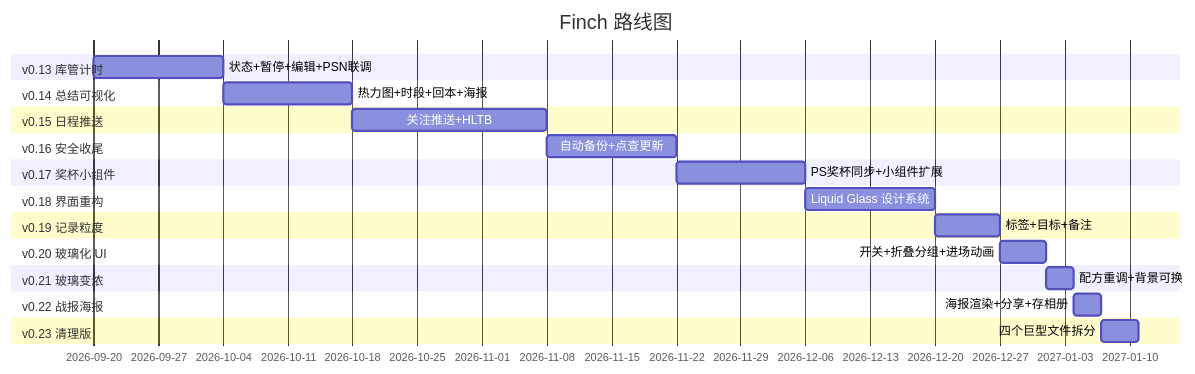
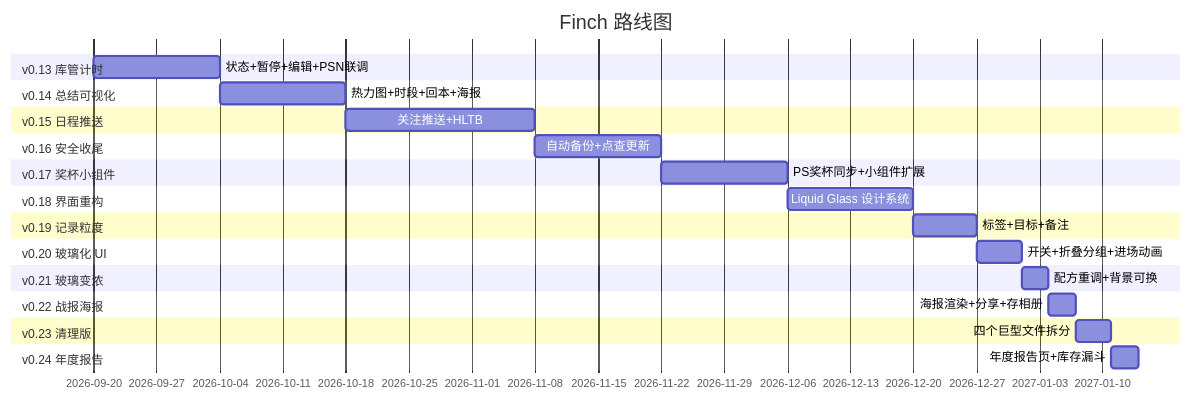
The diagram in ROADMAP.md (NeneRobo32/Finch), drawn with Mermaid before and after one commit. The commit also changed other lines of this file and 8 other files, not shown here.

First line of the commit message:
v0.24.0：年度报告 + 库存漏斗

````diff
--- a/ROADMAP.md
+++ b/ROADMAP.md
@@ -51,27 +52,29 @@
 ```mermaid
 gantt
     title Finch 路线图
     dateFormat  YYYY-MM-DD
     section v0.13 库管计时
     状态+暂停+编辑+PSN联调       :a1, 2026-09-20, 14d
     section v0.14 总结可视化
     热力图+时段+回本+海报        :a2, after a1, 14d
     section v0.15 日程推送
     关注推送+HLTB               :a3, after a2, 21d
     section v0.16 安全收尾
     自动备份+点查更新           :a4, after a3, 14d
     section v0.17 奖杯小组件
     PS奖杯同步+小组件扩展        :a5, after a4, 14d
     section v0.18 界面重构
     Liquid Glass 设计系统        :a6, after a5, 14d
     section v0.19 记录粒度
     标签+目标+备注               :a7, after a6, 7d
     section v0.20 玻璃化 UI
     开关+折叠分组+进场动画       :a8, after a7, 5d
     section v0.21 玻璃变浓
     配方重调+背景可换            :a9, after a8, 3d
     section v0.22 战报海报
     海报渲染+分享+存相册         :a10, after a9, 3d
     section v0.23 清理版
     四个巨型文件拆分             :a11, after a10, 4d
+    section v0.24 年度报告
+    年度报告页+库存漏斗          :a12, after a11, 3d
 ```
````
